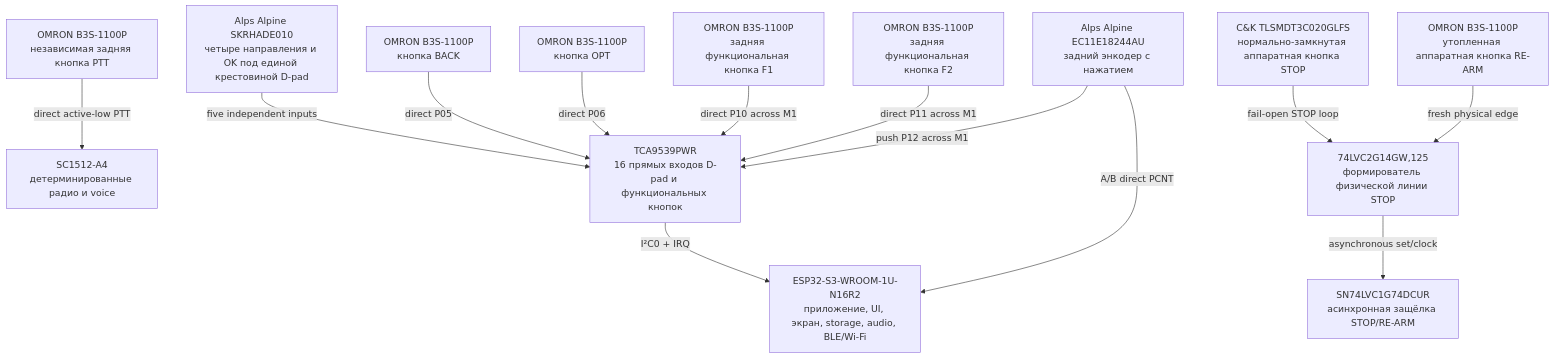
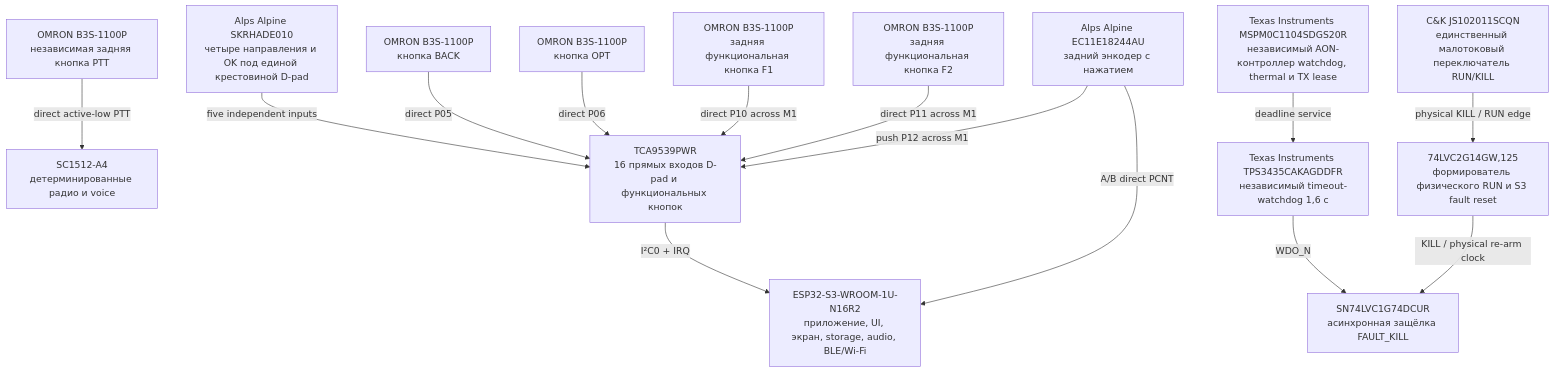
The fifth of 10 diagrams in README.ru.md (anton-vinogradov/esp32-leshy2), drawn with Mermaid before and after one commit. The commit also changed other lines of this file and 25 other files, not shown here.

Commit message:
Replace stop controls with monitored RUN KILL safety

````diff
--- a/README.ru.md
+++ b/README.ru.md
@@ -140,29 +141,31 @@
 ```mermaid
 flowchart TD
 S3["ESP32-S3-WROOM-1U-N16R2<br/>приложение, UI, экран, storage, audio, BLE/Wi-Fi"]
 RP["SC1512-A4<br/>детерминированные радио и voice"]
 UI_MATRIX_IO["TCA9539PWR<br/>16 прямых входов D-pad и функциональных кнопок"]
 UI_DPAD_SWITCH["Alps Alpine SKRHADE010<br/>четыре направления и OK под единой крестовиной D-pad"]
 UI_SWITCH_BACK["OMRON B3S-1100P<br/>кнопка BACK"]
 UI_SWITCH_OPT["OMRON B3S-1100P<br/>кнопка OPT"]
 UI_SWITCH_F1["OMRON B3S-1100P<br/>задняя функциональная кнопка F1"]
 UI_SWITCH_F2["OMRON B3S-1100P<br/>задняя функциональная кнопка F2"]
 ENCODER["Alps Alpine EC11E18244AU<br/>задний энкодер с нажатием"]
 PTT_SWITCH["OMRON B3S-1100P<br/>независимая задняя кнопка PTT"]
-STOP_SWITCH["C&K TLSMDT3C020GLFS<br/>нормально-замкнутая аппаратная кнопка STOP"]
-REARM_SWITCH["OMRON B3S-1100P<br/>утопленная аппаратная кнопка RE-ARM"]
-SAFE_CONDITIONER["74LVC2G14GW,125<br/>формирователь физической линии STOP"]
-SAFE_LATCH["SN74LVC1G74DCUR<br/>асинхронная защёлка STOP/RE-ARM"]
+POWER_COMMAND_SWITCH["C&K JS102011SCQN<br/>единственный малотоковый переключатель RUN/KILL"]
+SAFETY_CONTROLLER["Texas Instruments MSPM0C1104SDGS20R<br/>независимый AON-контроллер watchdog, thermal и TX lease"]
+SAFETY_WATCHDOG["Texas Instruments TPS3435CAKAGDDFR<br/>независимый timeout-watchdog 1,6 с"]
+SAFE_CONDITIONER["74LVC2G14GW,125<br/>формирователь физического RUN и S3 fault reset"]
+SAFE_LATCH["SN74LVC1G74DCUR<br/>асинхронная защёлка FAULT_KILL"]
   UI_DPAD_SWITCH -->|"five independent inputs"| UI_MATRIX_IO
   UI_SWITCH_BACK -->|"direct P05"| UI_MATRIX_IO
   UI_SWITCH_OPT -->|"direct P06"| UI_MATRIX_IO
   UI_SWITCH_F1 -->|"direct P10 across M1"| UI_MATRIX_IO
   UI_SWITCH_F2 -->|"direct P11 across M1"| UI_MATRIX_IO
   ENCODER -->|"push P12 across M1"| UI_MATRIX_IO
   UI_MATRIX_IO -->|"I²C0 + IRQ"| S3
   ENCODER -->|"A/B direct PCNT"| S3
   PTT_SWITCH -->|"direct active-low PTT"| RP
-  STOP_SWITCH -->|"fail-open STOP loop"| SAFE_CONDITIONER
-  REARM_SWITCH -->|"fresh physical edge"| SAFE_CONDITIONER
-  SAFE_CONDITIONER -->|"asynchronous set/clock"| SAFE_LATCH
+  POWER_COMMAND_SWITCH -->|"physical KILL / RUN edge"| SAFE_CONDITIONER
+  SAFETY_CONTROLLER -->|"deadline service"| SAFETY_WATCHDOG
+  SAFETY_WATCHDOG -->|"WDO_N"| SAFE_LATCH
+  SAFE_CONDITIONER -->|"KILL / physical re-arm clock"| SAFE_LATCH
 ```
````
